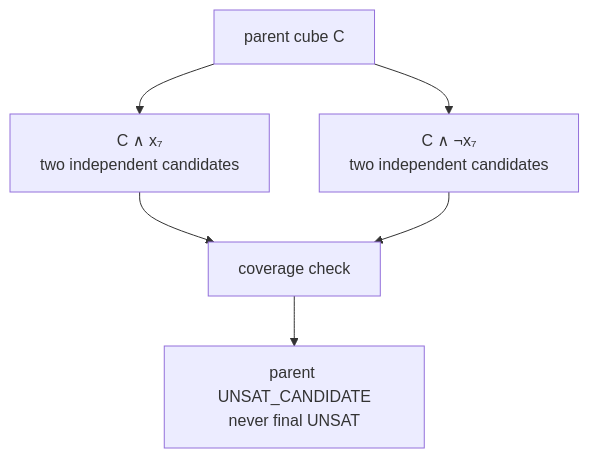
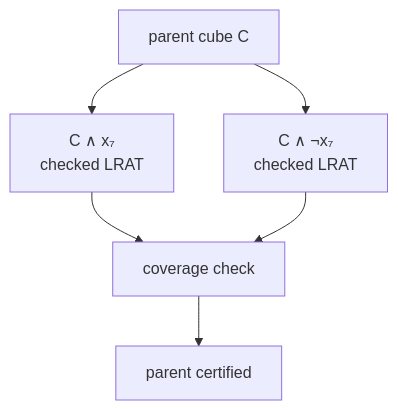
Before and after one commit to LukeLawsonSoftware/hive-sat: the second of 2 diagrams in docs/guide/04-result-correctness.md, drawn with Mermaid. The commit also changed other lines of this file and 68 other files, not shown here.

````diff
--- a/docs/guide/04-result-correctness.md
+++ b/docs/guide/04-result-correctness.md
@@ -119,11 +122,11 @@
 ```mermaid
 flowchart TD
   P["parent cube C"]
-  L["C ∧ x₇<br/>two independent candidates"]
-  R["C ∧ ¬x₇<br/>two independent candidates"]
+  L["C ∧ x₇<br/>checked LRAT"]
+  R["C ∧ ¬x₇<br/>checked LRAT"]
   P --> L
   P --> R
   L --> CHECK["coverage check"]
   R --> CHECK
-  CHECK --> CAND["parent UNSAT_CANDIDATE<br/>never final UNSAT"]
+  CHECK --> CAND["parent certified"]
 ```
````
